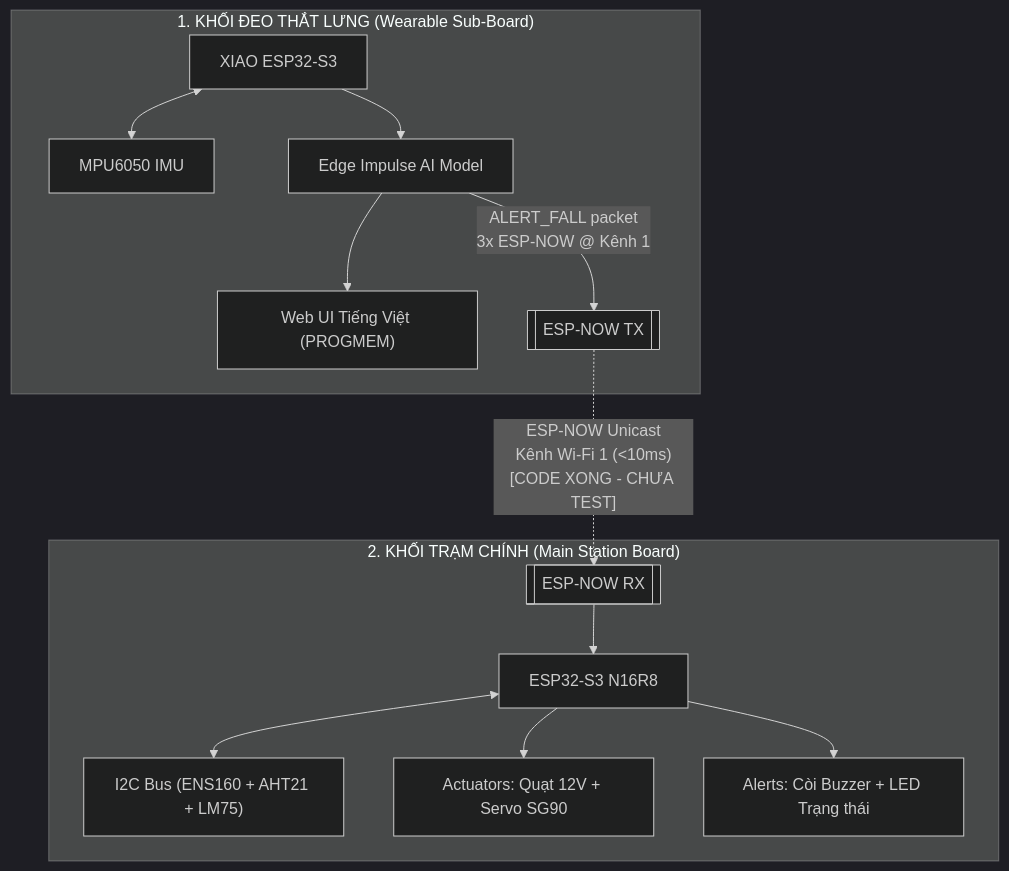
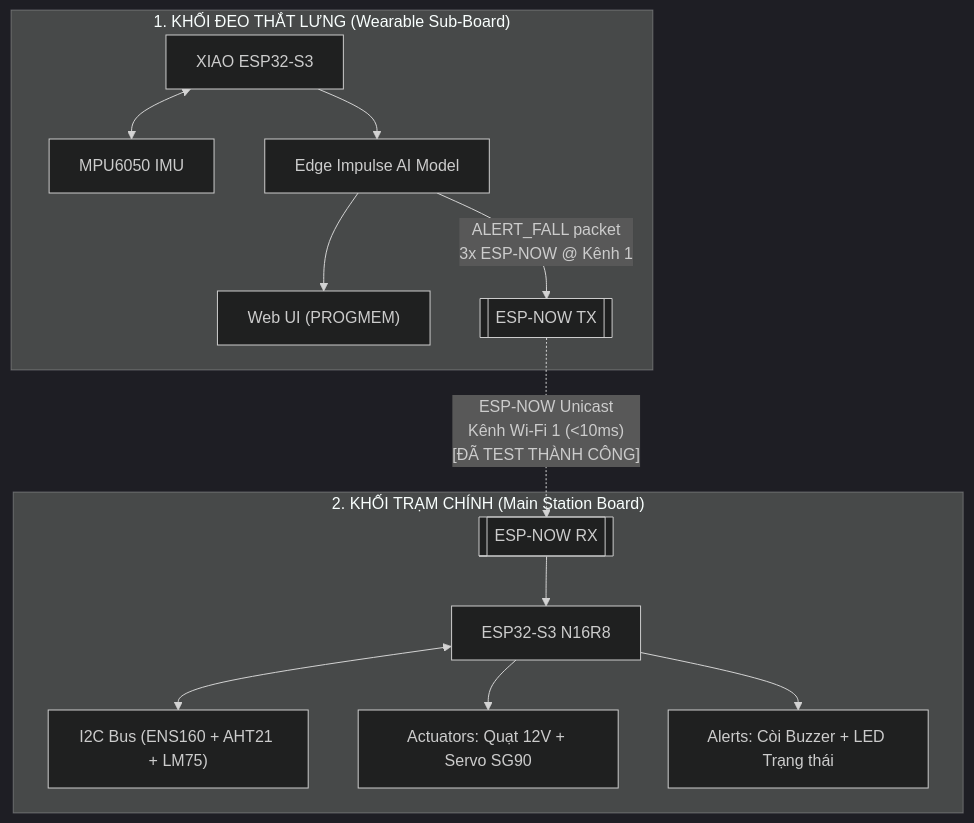
Before and after one commit to DKiet33/MAIN_PROJECT_THAYKIEN_MPU6050_XIAO: the first of 2 diagrams in README.md, drawn with Mermaid (dark theme). The commit also changed other lines of this file and 12 other files, not shown here.

````diff
--- a/README.md
+++ b/README.md
@@ -19,18 +19,18 @@
 ```mermaid
 flowchart TD
     subgraph Wearable["1. KHỐI ĐEO THẮT LƯNG (Wearable Sub-Board)"]
         A[XIAO ESP32-S3] <--> B[MPU6050 IMU]
         A --> C[Edge Impulse AI Model]
-        C --> D["Web UI Tiếng Việt (PROGMEM)"]
+        C --> D["Web UI (PROGMEM)"]
         C -->|"ALERT_FALL packet\n3x ESP-NOW @ Kênh 1"| E[["ESP-NOW TX"]]
     end
 
     subgraph Main["2. KHỐI TRẠM CHÍNH (Main Station Board)"]
         F[["ESP-NOW RX"]] --> G[ESP32-S3 N16R8]
         G <--> H["I2C Bus (ENS160 + AHT21 + LM75)"]
         G --> I[Actuators: Quạt 12V + Servo SG90]
         G --> J[Alerts: Còi Buzzer + LED Trạng thái]
     end
 
-    E -. "ESP-NOW Unicast\nKênh Wi-Fi 1 (<10ms)\n[CODE XONG - CHƯA TEST]" .-> F
+    E -. "ESP-NOW Unicast\nKênh Wi-Fi 1 (<10ms)\n[ĐÃ TEST THÀNH CÔNG]" .-> F
 ```
````
